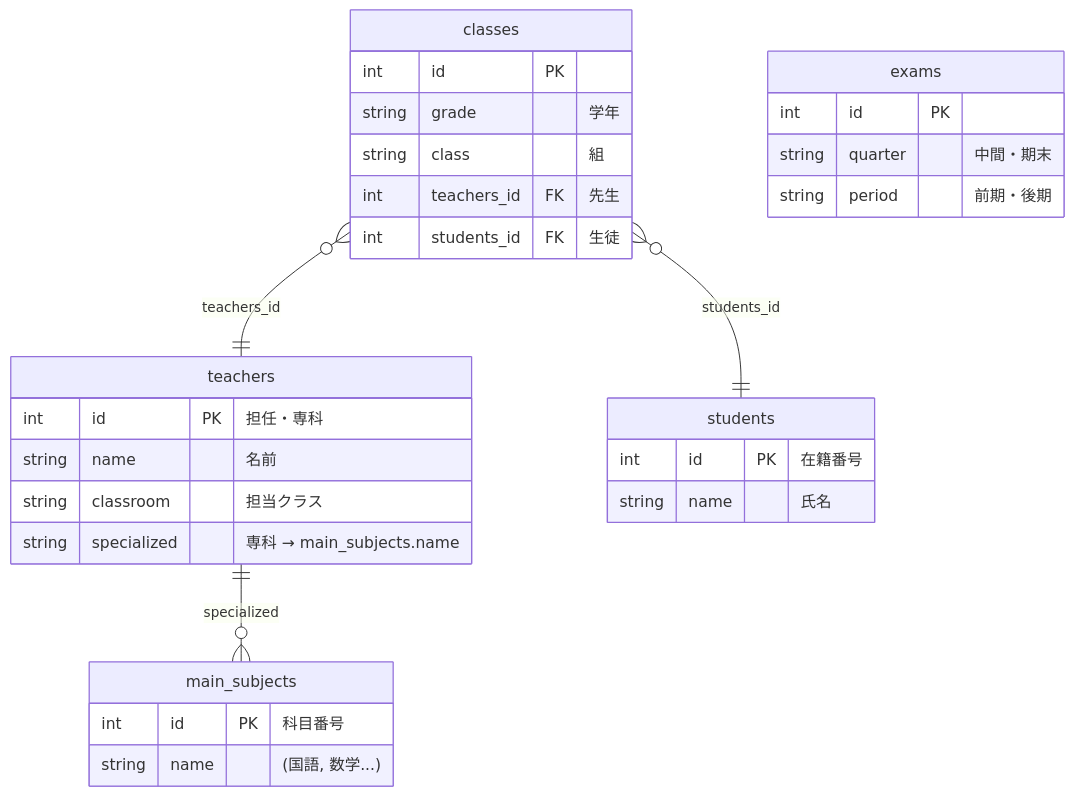
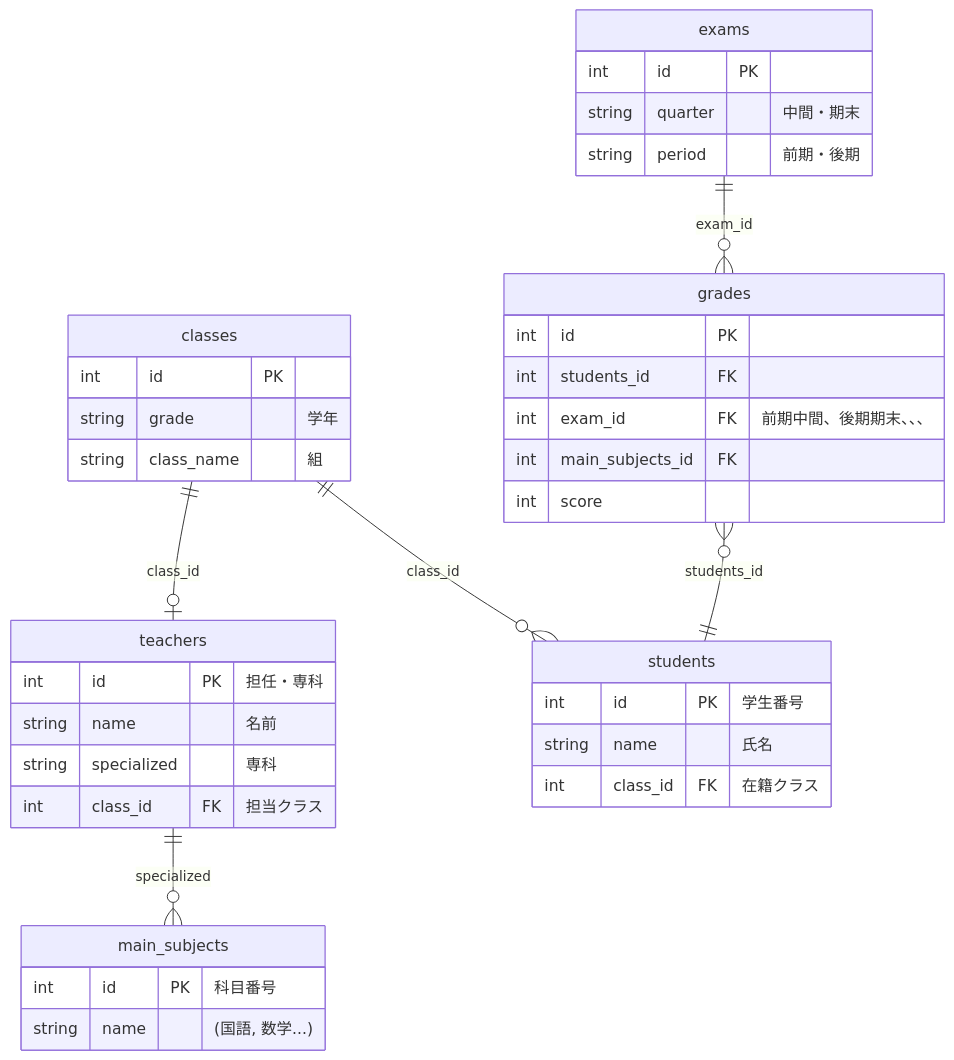
The diagram in grade-management/doc/er_design.mmd (linuxfirstMint/your-school), drawn with Mermaid before and after one commit.

Commit message:
doc: 成績管理アプリのER図設計（拡張性重視版） (#3)
* doc: erDiagramのリレーション方向とカラム設計を修正

- classes側のFK(teachers_id, students_id)を削除し、teachers/studentsにclass_id FKを移動
- classesのclass属性(予約語)をclass_nameに変更
- teachersのclassroom(string)をclass_id FK(int)に変更

* doc: gradesエンティティ追加とリレーション方向を整理

- gradesテーブルを追加（students/exams/main_subjectsと紐づく）
- exams ||--o{ grades のリレーションを追加
- classes側のリレーション方向を修正（classes ||--o{ students/teachers）
- exam_idでquarter/periodを統合
- Mermaid記法の凡例コメントを追加

```diff
--- a/grade-management/doc/er_design.mmd
+++ b/grade-management/doc/er_design.mmd
@@ -1,38 +1,51 @@
 erDiagram
     teachers ||--o{ main_subjects : "specialized"
-    classes }o--|| teachers : "teachers_id"
-    classes }o--|| students : "students_id"
+    classes ||--o{ students : "class_id"
+    classes ||--o| teachers : "class_id"
+    grades }o--|| students: "students_id"
+    exams ||--o{ grades : "exam_id"
+
+%% ||--o{ : 「1対多」
+%% || (左側) : 1側。片側が必ず1つであることを示します（必須）。
+%% o{ (右側) : 多側。0個以上（Zero or Many）であることを示します。
+%% ||--|{ : 1対多かつ、「多側」が1つ以上（One or Many）。 
 
     teachers {
         int id PK "担任・専科"
         string name "名前"
-        string classroom "担当クラス"
-        string specialized "専科 → main_subjects.name"
+        string specialized "専科"
+        int class_id FK "担当クラス"
     }
 
      
     classes {
         int id PK 
         string grade "学年"
-        string class "組"
-    %% TODO このままだとクラスに先生、生徒が1ずつしか紐づかないかも
-        int teachers_id FK "先生"
-        int students_id FK "生徒"
+        string class_name "組"
     }
 
     students {
-        int id PK "在籍番号"
-    %% TODO プロトタイプ仕様書にある、year,class,numberが抜けている
+        int id PK "学生番号"
         string name "氏名"
+        int class_id FK "在籍クラス"
     }
 
     main_subjects {
         int id PK "科目番号"
         string name "(国語, 数学...)"
     }
 
+
     exams {
         int id PK
         string quarter "中間・期末"
         string period "前期・後期"
     }
+
+    grades {
+        int id PK
+        int students_id FK 
+        int exam_id FK "前期中間、後期期末、、、"
+        int main_subjects_id FK
+        int score 
+    }
```
